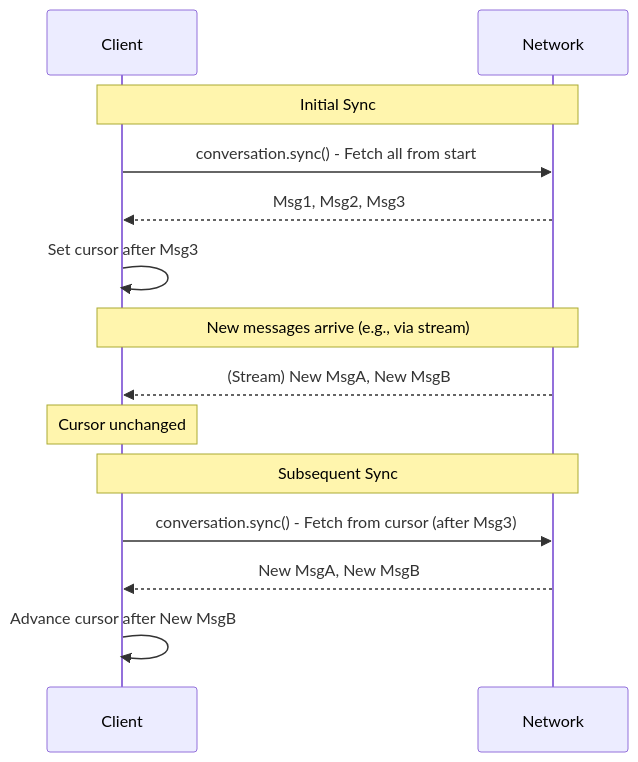
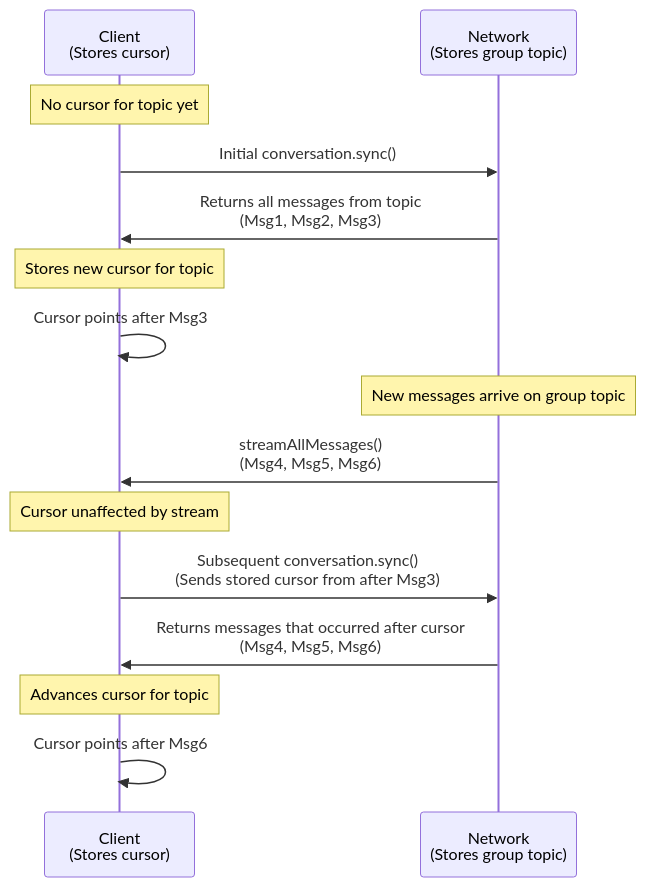
Before and after one commit to xmtp/docs-xmtp-org: the diagram in docs/pages/protocol/cursors.mmd, drawn with Mermaid. The commit also changed 1 other file, not shown here.

Commit message:
as seq diagram for cursors)

```diff
--- a/docs/pages/protocol/cursors.mmd
+++ b/docs/pages/protocol/cursors.mmd
@@ -1,17 +1,16 @@
-    sequenceDiagram
-        participant Client
-        participant Network
+sequenceDiagram
+  participant Client as Client <br> (Stores cursor)
+  participant Network as Network <br> (Stores group topic)
 
-        Note over Client,Network: Initial Sync
-        Client->>Network: conversation.sync() - Fetch all from start
-        Network-->>Client: Msg1, Msg2, Msg3
-        Client->>Client: Set cursor after Msg3
-
-        Note over Client,Network: New messages arrive (e.g., via stream)
-        Network-->>Client: (Stream) New MsgA, New MsgB
-        Note over Client: Cursor unchanged
-
-        Note over Client,Network: Subsequent Sync
-        Client->>Network: conversation.sync() - Fetch from cursor (after Msg3)
-        Network-->>Client: New MsgA, New MsgB
-        Client->>Client: Advance cursor after New MsgB
+  Note over Client: No cursor for topic yet
+  Client ->> Network: Initial conversation.sync()
+  Network ->> Client: Returns all messages from topic <br> (Msg1, Msg2, Msg3)
+  Note over Client: Stores new cursor for topic
+  Client ->> Client: Cursor points after Msg3
+  Note over Network: New messages arrive on group topic
+  Network ->> Client: streamAllMessages() <br> (Msg4, Msg5, Msg6)
+  Note over Client: Cursor unaffected by stream
+  Client ->> Network: Subsequent conversation.sync() <br> (Sends stored cursor from after Msg3)
+  Network ->> Client: Returns messages that occurred after cursor <br> (Msg4, Msg5, Msg6)
+  Note over Client: Advances cursor for topic
+  Client ->> Client: Cursor points after Msg6
```
